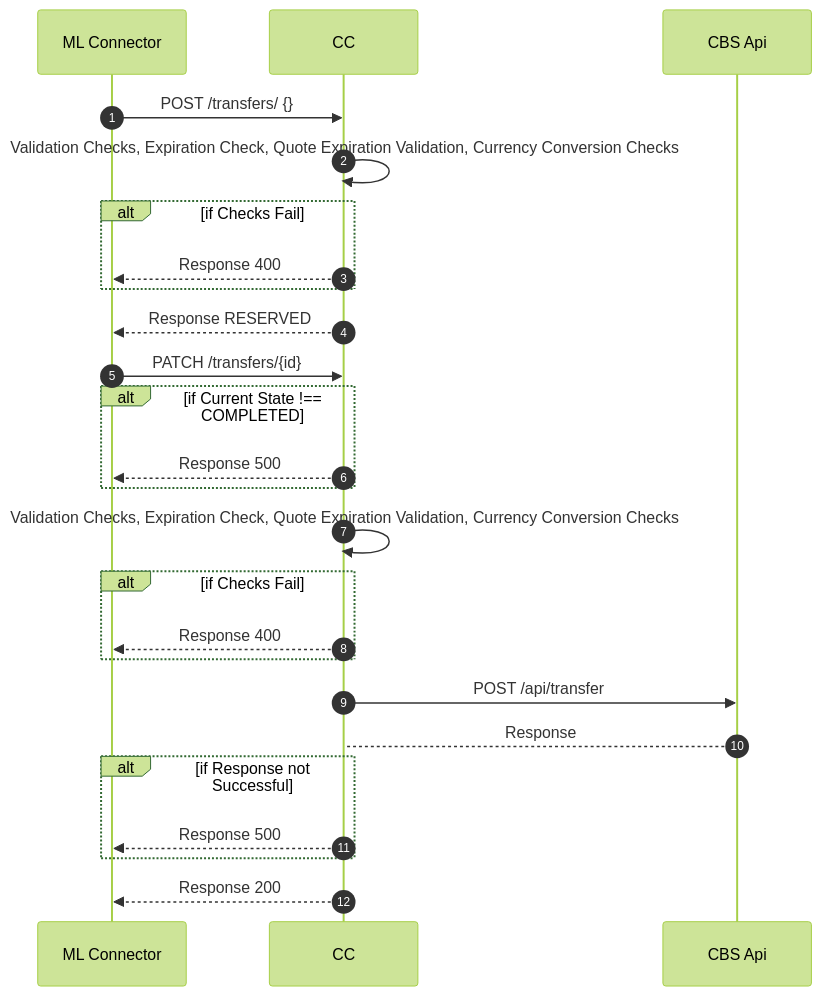
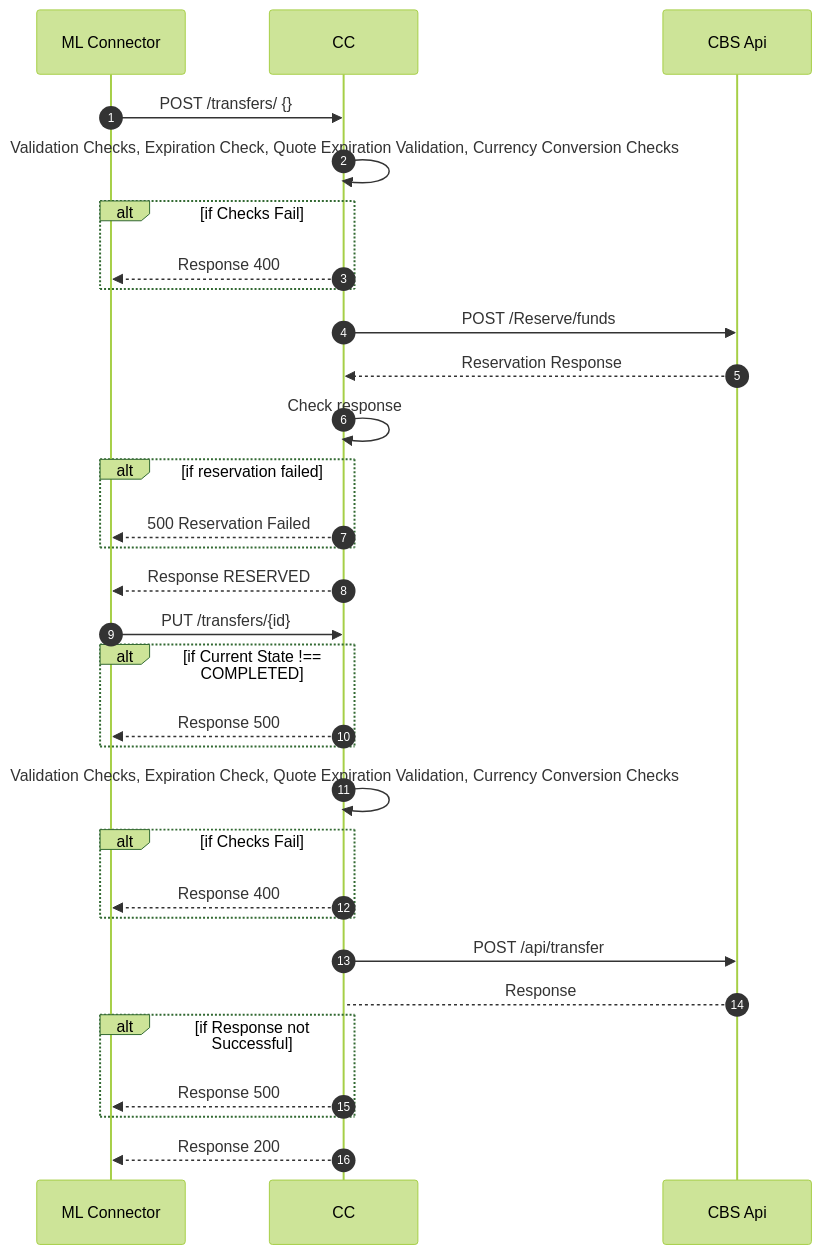
The diagram in national-bank-mw-core-connector/docs/payee-transfers.md (mojaloop/ml-reference-connectors), drawn with Mermaid (forest theme) before and after one commit. The commit also changed other lines of this file and 33 other files, not shown here.

````diff
--- a/national-bank-mw-core-connector/docs/payee-transfers.md
+++ b/national-bank-mw-core-connector/docs/payee-transfers.md
@@ -13,25 +14,31 @@
 ```mermaid
 sequenceDiagram
   autoNumber
 ML Connector ->> CC:  POST /transfers/ {}
 CC->>CC:Validation Checks, Expiration Check, Quote Expiration Validation, Currency Conversion Checks
 Alt if Checks Fail
 CC-->>ML Connector: Response 400
 End
+CC->>CBS Api: POST /Reserve/funds
+CBS Api-->> CC: Reservation Response
+CC->>CC: Check response
+Alt if reservation failed
+CC-->>ML Connector: 500 Reservation Failed
+End
 CC-->>ML Connector: Response RESERVED
-ML Connector->>CC: PATCH /transfers/{id}
+ML Connector->>CC: PUT /transfers/{id}
 Alt if Current State !== COMPLETED
 CC-->>ML Connector: Response 500
 End
 CC->>CC: Validation Checks, Expiration Check, Quote Expiration Validation, Currency Conversion Checks
 Alt if Checks Fail
 CC-->>ML Connector: Response 400
 End
 CC->>CBS Api: POST /api/transfer
 CBS Api-->CC: Response
 Alt if Response not Successful
 CC-->>ML Connector: Response 500
 End
 CC-->>ML Connector: Response 200
 
 ```
````
